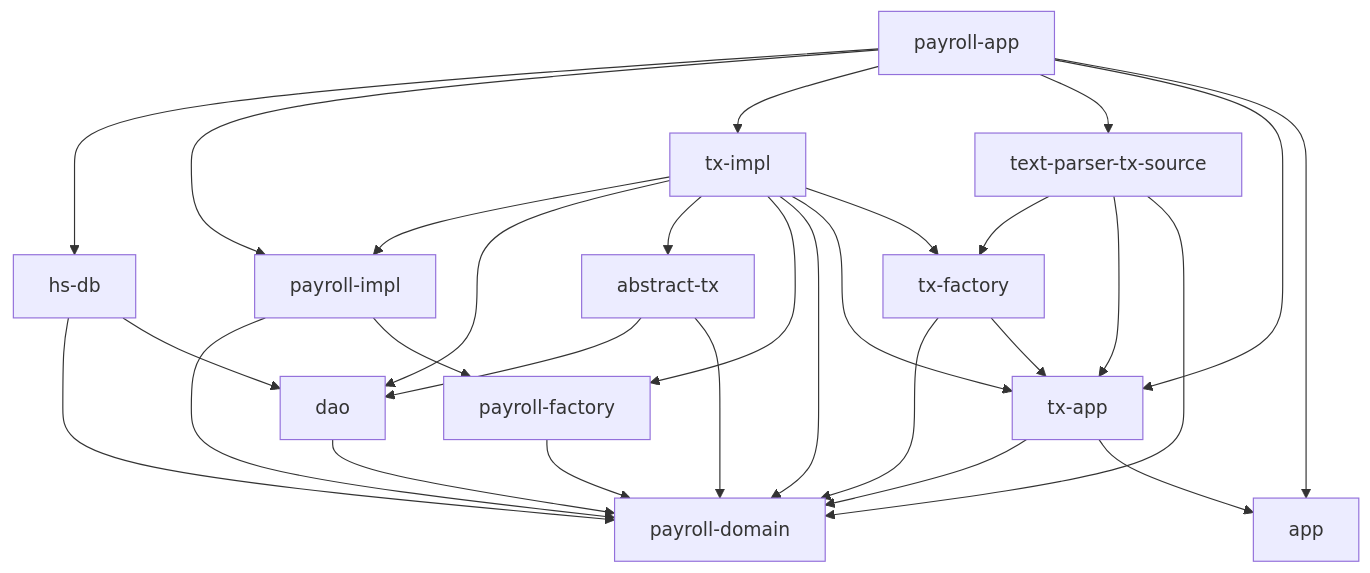
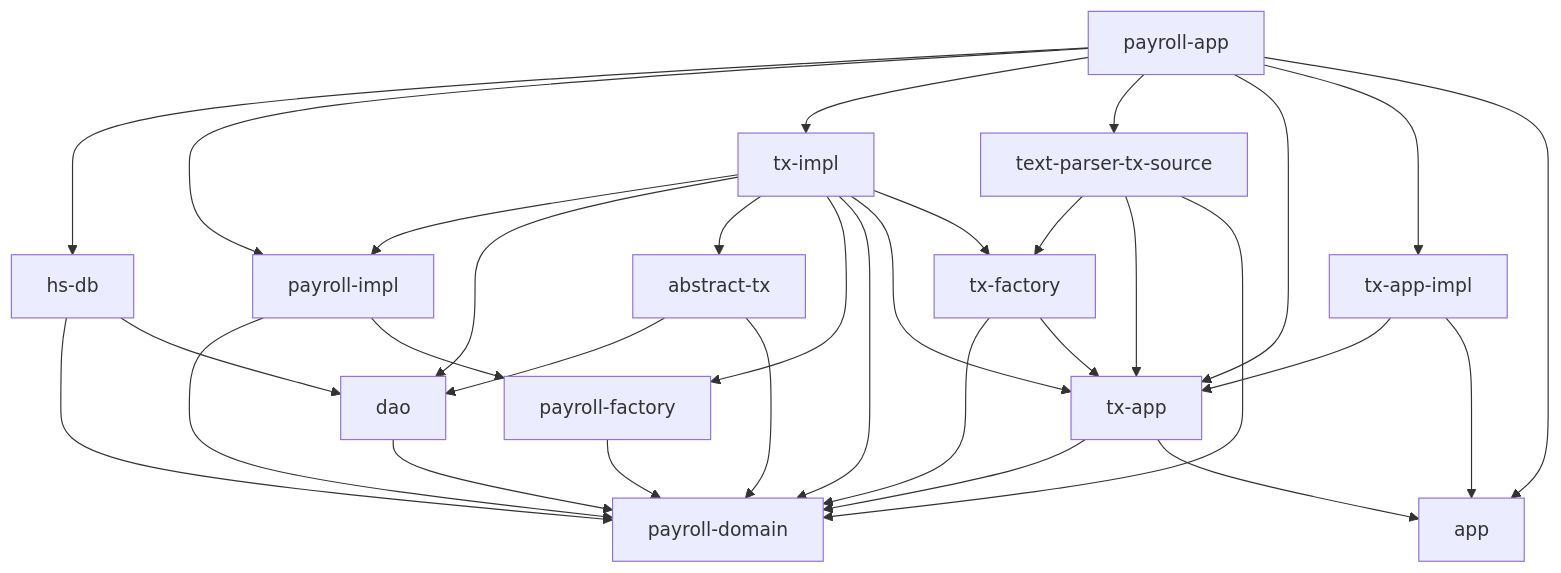
Before and after one commit to cutsea110/payroll: the diagram in README.md, drawn with Mermaid.

Commit message:
update architecture diagram

````diff
--- a/README.md
+++ b/README.md
@@ -29,41 +29,45 @@
 ```mermaid
 graph TD
 
   payroll-impl --> payroll-domain
   payroll-impl --> payroll-factory
 
   payroll-factory --> payroll-domain
 
   dao --> payroll-domain
 
   abstract-tx --> dao
   abstract-tx --> payroll-domain
 
   tx-impl --> payroll-impl
   tx-impl --> dao
   tx-impl --> abstract-tx
   tx-impl --> payroll-factory
   tx-impl --> payroll-domain
   tx-impl --> tx-app
   tx-impl --> tx-factory
 
   tx-app --> payroll-domain
   tx-app --> app
 
   tx-factory --> payroll-domain
   tx-factory --> tx-app
 
   text-parser-tx-source --> tx-factory
   text-parser-tx-source --> tx-app
   text-parser-tx-source --> payroll-domain
 
   hs-db --> payroll-domain
   hs-db --> dao
+  
+  tx-app-impl --> tx-app
+  tx-app-impl --> app
 
   payroll-app --> hs-db
   payroll-app --> payroll-impl
   payroll-app --> tx-impl
   payroll-app --> text-parser-tx-source
   payroll-app --> tx-app
+  payroll-app --> tx-app-impl
   payroll-app --> app
 ```
````
